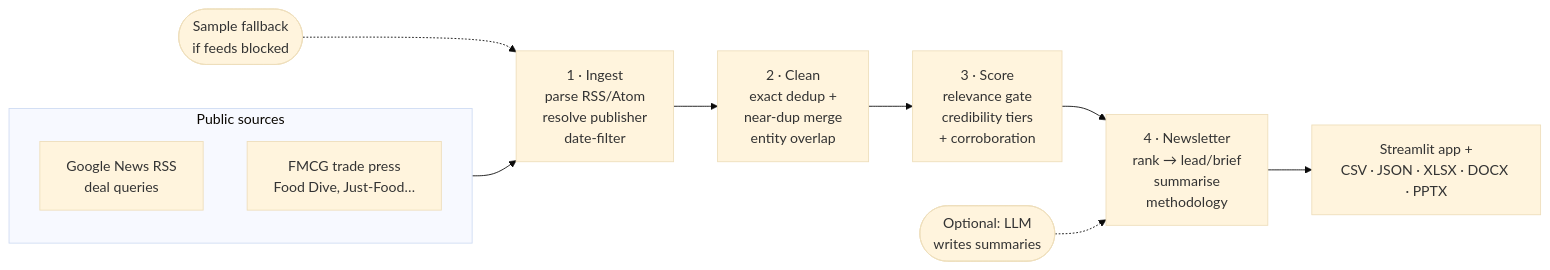
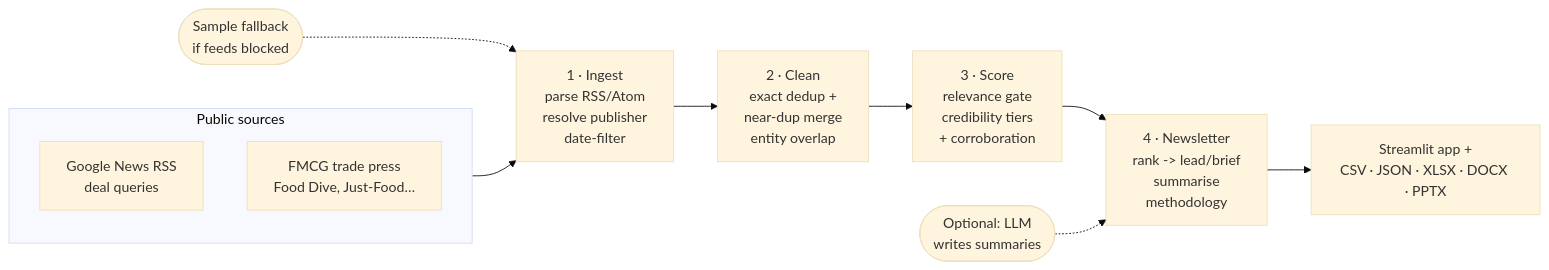
Before and after one commit to Aviral-77/beroni: the diagram in README.md, drawn with Mermaid (base theme). The commit also changed other lines of this file and 7 other files, not shown here.

````diff
--- a/README.md
+++ b/README.md
@@ -37,19 +37,19 @@
 ```mermaid
 flowchart LR
     subgraph SRC[Public sources]
         G[Google News RSS<br/>deal queries]
         T[FMCG trade press<br/>Food Dive, Just-Food…]
     end
     SRC --> I
 
     I[1 · Ingest<br/>parse RSS/Atom<br/>resolve publisher<br/>date-filter]
     C[2 · Clean<br/>exact dedup +<br/>near-dup merge<br/>entity overlap]
     S[3 · Score<br/>relevance gate<br/>credibility tiers<br/>+ corroboration]
-    N[4 · Newsletter<br/>rank → lead/brief<br/>summarise<br/>methodology]
+    N[4 · Newsletter<br/>rank -> lead/brief<br/>summarise<br/>methodology]
 
     I --> C --> S --> N
     LLM([Optional: LLM<br/>writes summaries]) -.-> N
     SAMPLE([Sample fallback<br/>if feeds blocked]) -.-> I
 
     N --> O[Streamlit app +<br/>CSV · JSON · XLSX · DOCX · PPTX]
 ```
````
